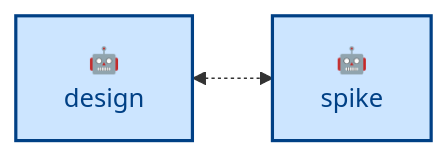
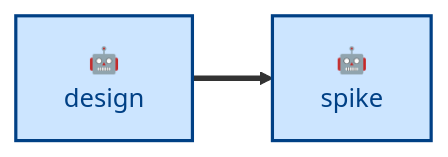
The diagram in skills/spike/README.md (kieranpotts/skills), drawn with Mermaid before and after one commit. The commit also changed other lines of this file and 21 other files, not shown here.

````diff
--- a/skills/spike/README.md
+++ b/skills/spike/README.md
@@ -38,14 +26,14 @@
 ```mermaid
 flowchart LR
   %% Node labels and classes.
   design["🤖<br/>design"]:::agentic
   spike["🤖<br/>spike"]:::agentic
 
   %% Main workflow sequence.
-  design <-.-> spike
+  design ==> spike
 
   %% Class definitions.
   classDef agentic fill:#cce5ff,stroke:#004085,color:#004085,stroke-width:2px
   classDef scripted fill:#e2e3e5,stroke:#4b5157,color:#383d41,stroke-width:2px
   classDef anthropic fill:#fff3cd,stroke:#856404,color:#856404,stroke-width:1px,stroke-dasharray:2 3
 ```
````
